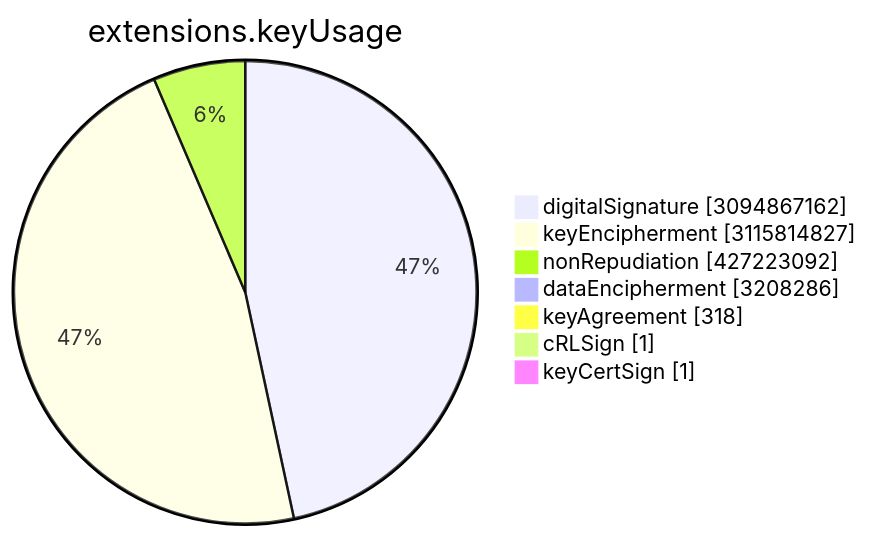
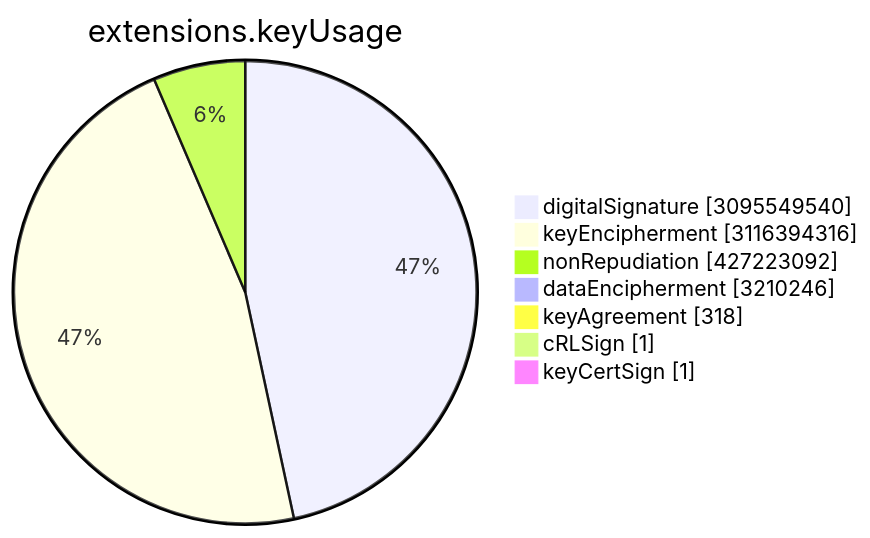
Before and after one commit to christiankrug/ctmonitor_visualization: the sixth of 15 diagrams in TOTAL/README.md, drawn with Mermaid. The commit also changed other lines of this file, not shown here.

````diff
--- a/TOTAL/README.md
+++ b/TOTAL/README.md
@@ -3075,11 +3075,11 @@
 ```mermaid
 pie showData
 title extensions.keyUsage
-"digitalSignature" :3094867162
-"keyEncipherment" :3115814827
+"digitalSignature" :3095549540
+"keyEncipherment" :3116394316
 "nonRepudiation" :427223092
-"dataEncipherment" :3208286
+"dataEncipherment" :3210246
 "keyAgreement" :318
 "cRLSign" :1
 "keyCertSign" :1
 ```
````
